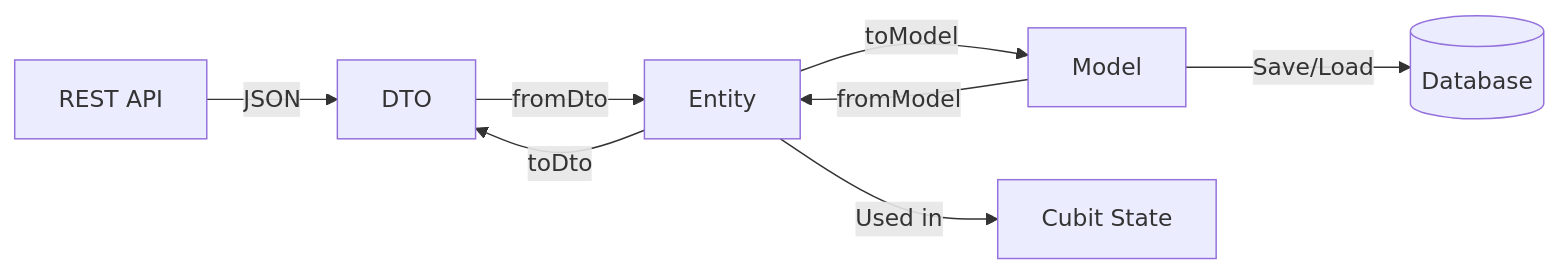
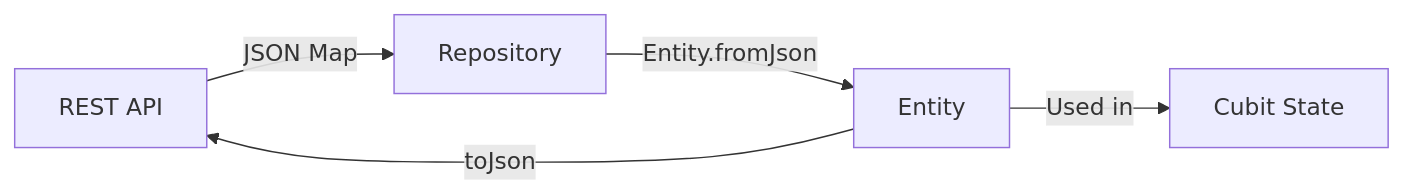
The third of 7 diagrams in .kiro/specs/flutter-architecture-refactor/design.md (mjablecnik/Dancee-2.0), drawn with Mermaid before and after one commit. The commit also changed other lines of this file and 2 other files, not shown here.

Commit message:
feat: implement entities-only data layer with direct JSON serialization

````diff
--- a/.kiro/specs/flutter-architecture-refactor/design.md
+++ b/.kiro/specs/flutter-architecture-refactor/design.md
@@ -268,10 +256,7 @@
 ```mermaid
 graph LR
-    API[REST API] -->|JSON| DTO[DTO]
-    DTO -->|fromDto| Entity[Entity]
-    Entity -->|toDto| DTO
-    Entity -->|toModel| Model[Model]
-    Model -->|fromModel| Entity
-    Model -->|Save/Load| DB[(Database)]
+    API[REST API] -->|JSON Map| Repo[Repository]
+    Repo -->|Entity.fromJson| Entity[Entity]
     Entity -->|Used in| Cubit[Cubit State]
+    Entity -->|toJson| API
 ```
````
